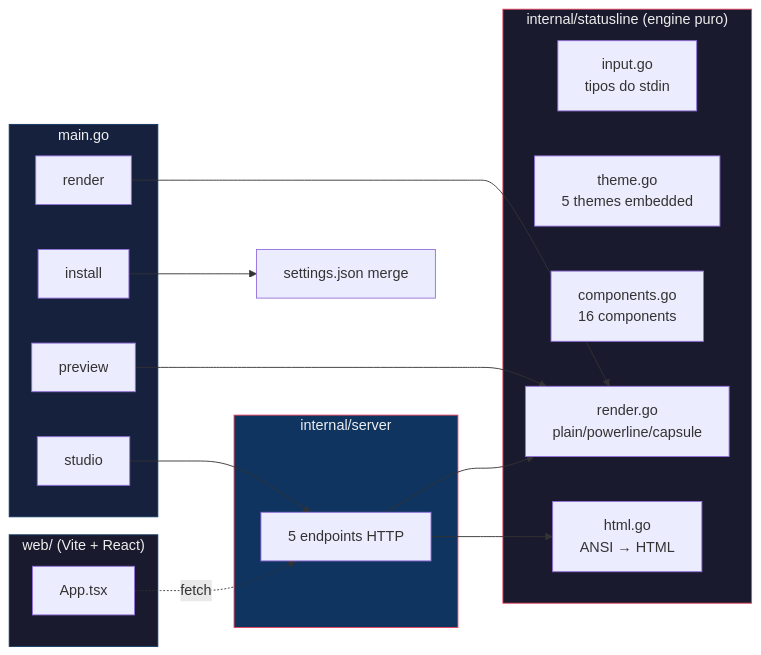
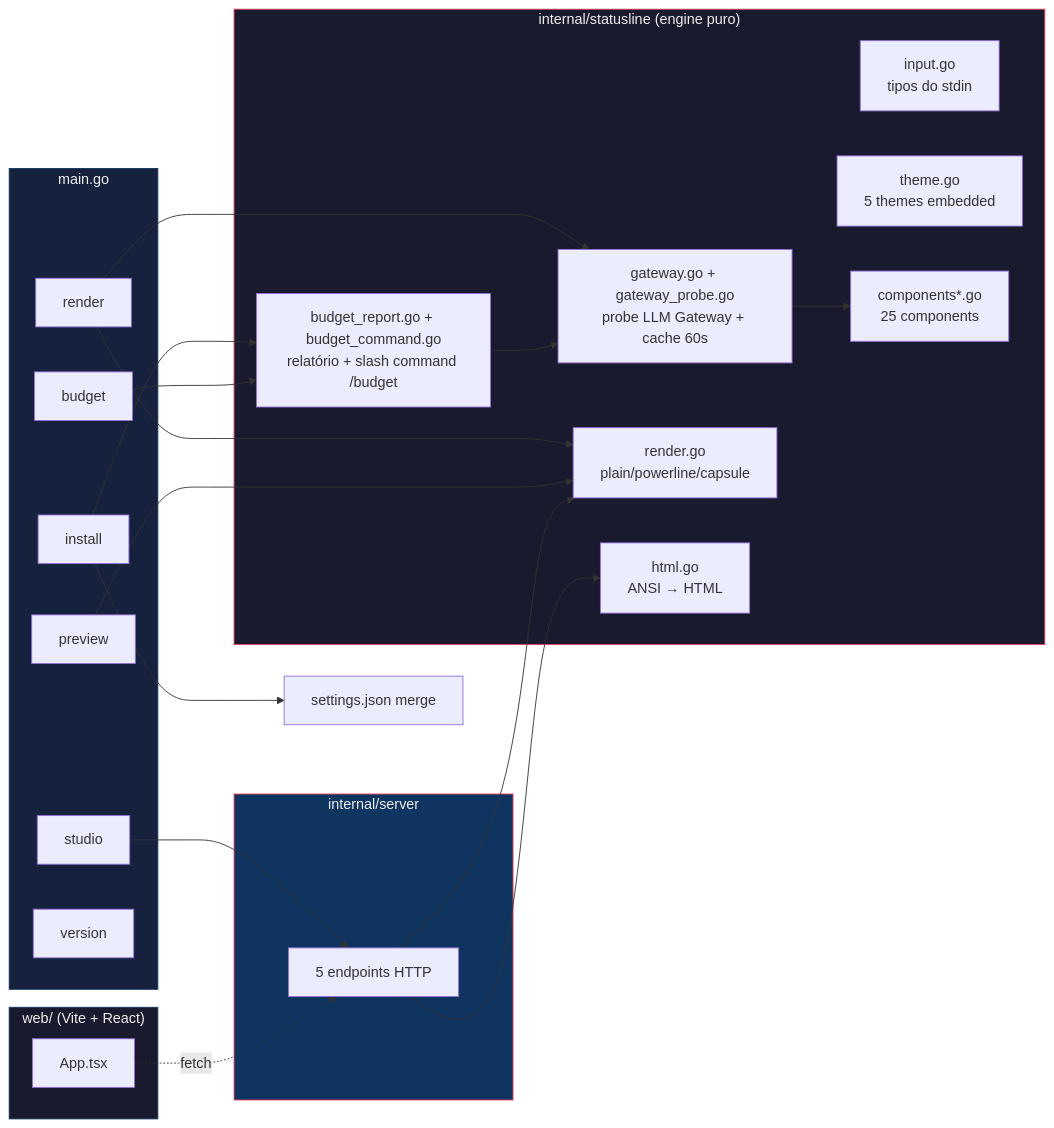
Before and after one commit to Felipeness/claude-statusline: the second of 2 diagrams in README.md, drawn with Mermaid. The commit also changed other lines of this file and 2 other files, not shown here.

First line of the commit message:
docs: gateway budget, session tokens, team install guide

````diff
--- a/README.md
+++ b/README.md
@@ -161,38 +198,47 @@
 ```mermaid
 flowchart LR
     subgraph engine ["internal/statusline (engine puro)"]
         I[input.go<br/>tipos do stdin]
         T[theme.go<br/>5 themes embedded]
-        C[components.go<br/>16 components]
+        C[components*.go<br/>25 components]
+        GW[gateway.go + gateway_probe.go<br/>probe LLM Gateway + cache 60s]
+        BUD[budget_report.go + budget_command.go<br/>relatório + slash command /budget]
         R[render.go<br/>plain/powerline/capsule]
         H[html.go<br/>ANSI → HTML]
     end
 
     subgraph cli ["main.go"]
         REN[render]
         INS[install]
         PRE[preview]
         STU[studio]
+        BGT[budget]
+        VER[version]
     end
 
     subgraph srv ["internal/server"]
         EP["5 endpoints HTTP"]
     end
 
     subgraph web ["web/ (Vite + React)"]
         APP[App.tsx]
     end
 
     REN --> R
+    REN --> GW
+    GW --> C
     PRE --> R
     STU --> EP
     EP --> R
     EP --> H
     INS --> CONF[settings.json merge]
+    INS --> BUD
+    BGT --> BUD
+    BUD --> GW
     APP -.fetch.-> EP
 
     style engine fill:#1a1a2e,stroke:#e94560,color:#eee
     style cli fill:#16213e,stroke:#0f3460,color:#eee
     style srv fill:#0f3460,stroke:#e94560,color:#eee
     style web fill:#1a1a2e,stroke:#0f3460,color:#eee
 ```
````
